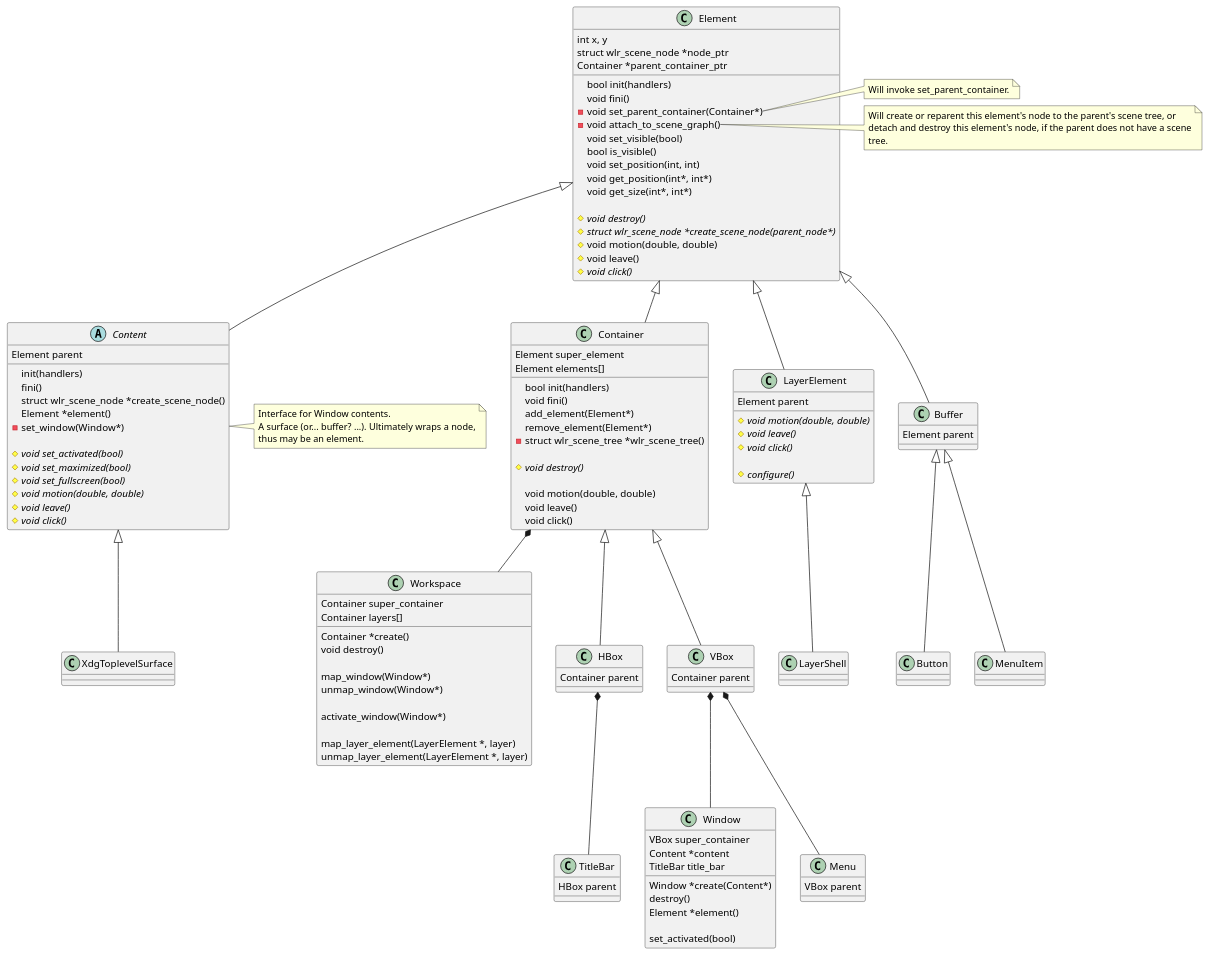
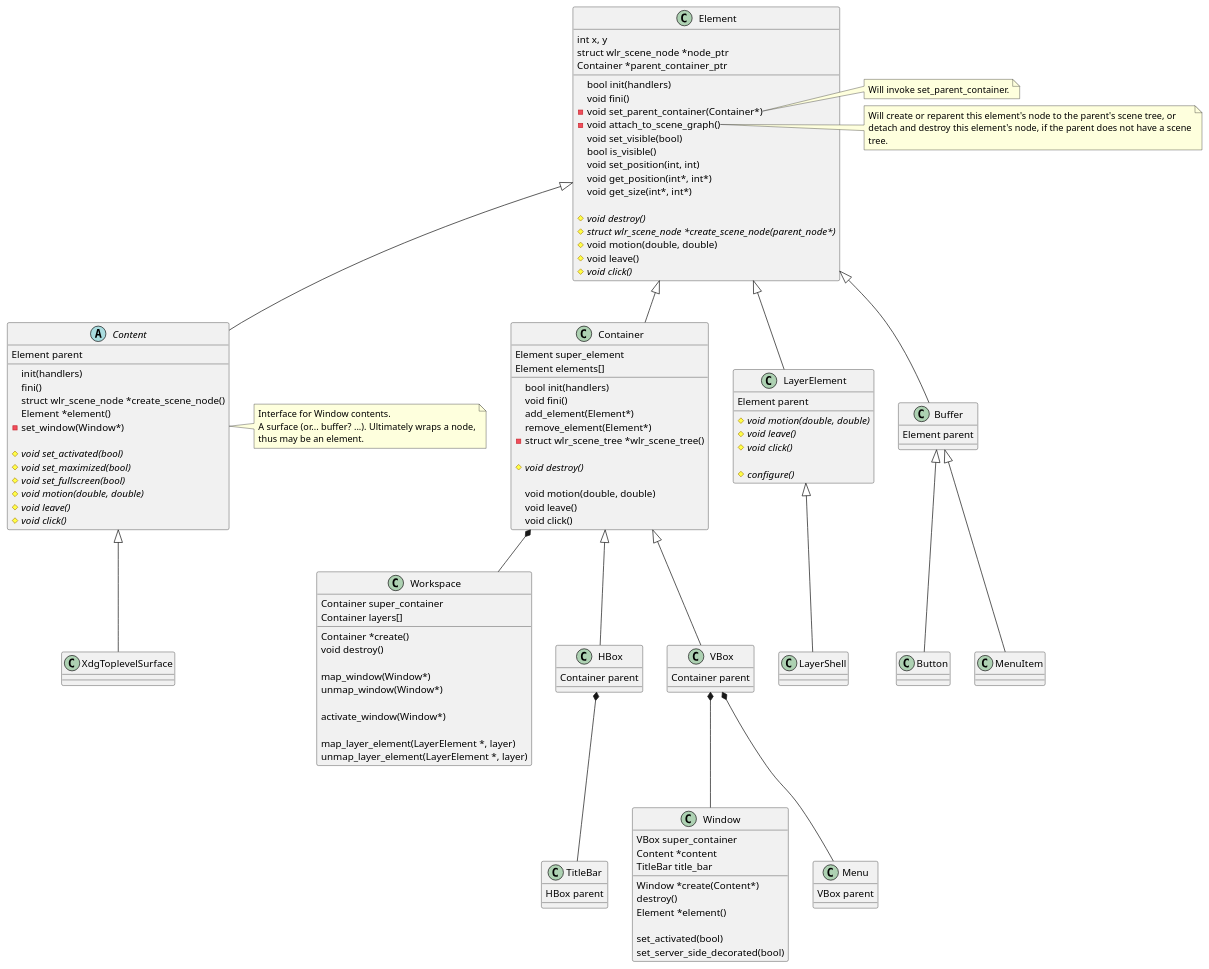
The first of 2 diagrams in src/toolkit/toolkit.md (phkaeser/wlmaker), drawn with PlantUML before and after one commit. The commit also changed 1 other file, not shown here.

Commit message:
Adds documentation reference for set_server_side_decorated.

```diff
--- a/src/toolkit/toolkit.md
+++ b/src/toolkit/toolkit.md
@@ -165,6 +165,7 @@
   Element *element()
 
   set_activated(bool)
+  set_server_side_decorated(bool)
 }
 VBox *-- Window
 
```
